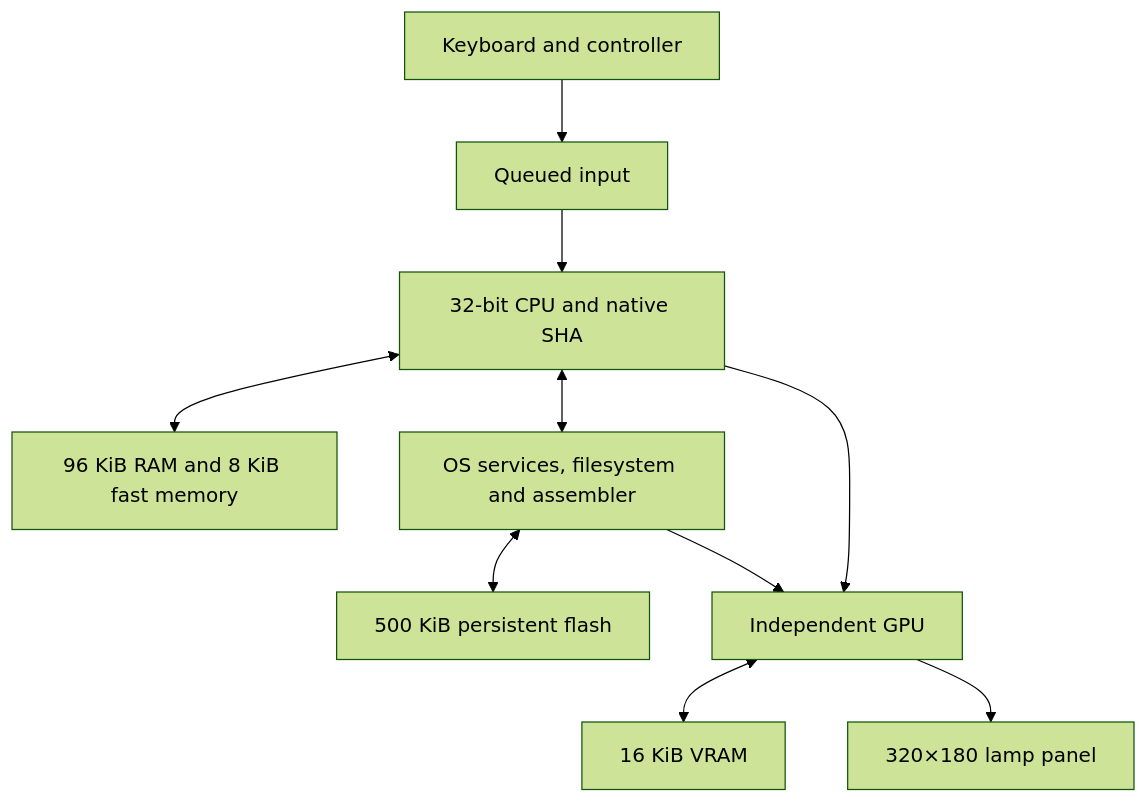
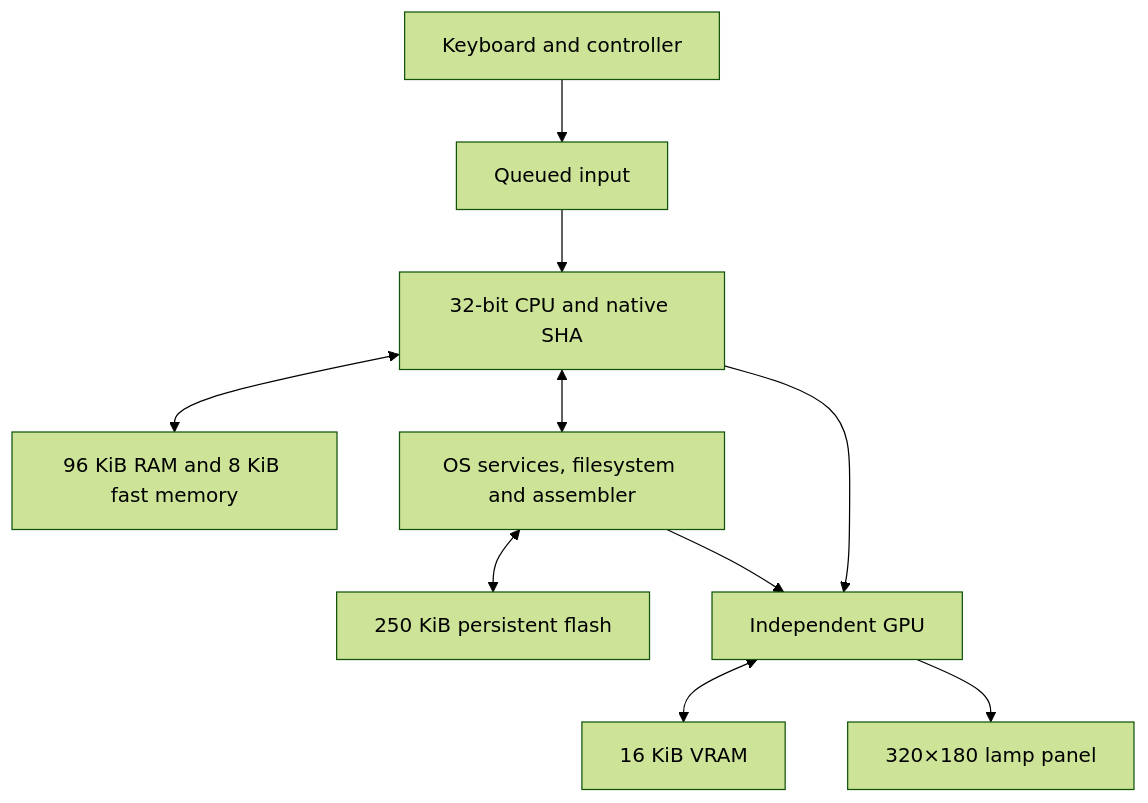
Before and after one commit to Eabusham2/ShamaOS-Redstone-PC: the diagram in docs/ARCHITECTURE.md, drawn with Mermaid (forest theme). The commit also changed other lines of this file and 76 other files, not shown here.

````diff
--- a/docs/ARCHITECTURE.md
+++ b/docs/ARCHITECTURE.md
@@ -5,12 +5,12 @@
 ```mermaid
 flowchart TD
     I["Keyboard and controller"] --> E["Queued input"]
     E --> C["32-bit CPU and native SHA"]
     C <--> R["96 KiB RAM and 8 KiB fast memory"]
     C <--> O["OS services, filesystem and assembler"]
-    O <--> F["500 KiB persistent flash"]
+    O <--> F["250 KiB persistent flash"]
     C --> G["Independent GPU"]
     O --> G
     G <--> V["16 KiB VRAM"]
     G --> D["320×180 lamp panel"]
 ```
````
